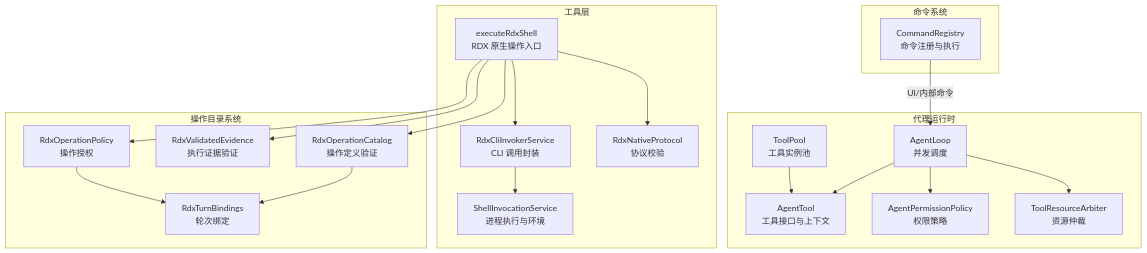
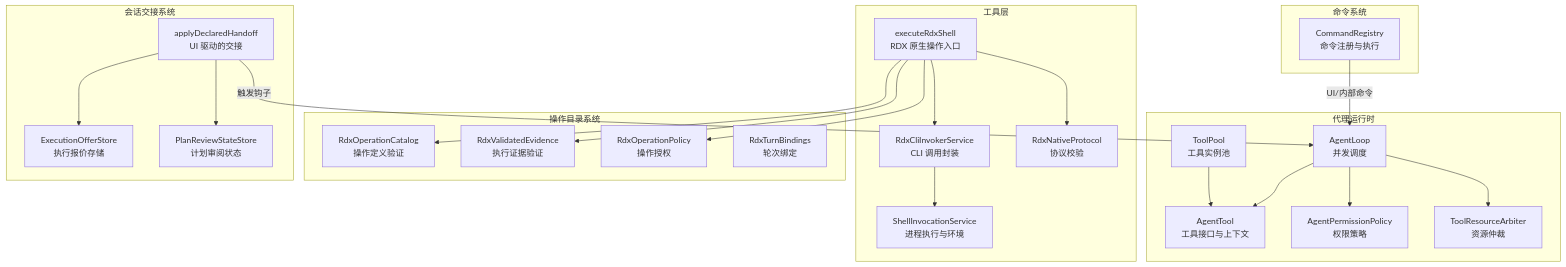
The first of 16 diagrams in .qoder/repowiki/zh/content/核心模块/工具系统/工具系统.md (haolange/RDC-Agent), drawn with Mermaid before and after one commit. The commit also changed other lines of this file and 90 other files, not shown here.

````diff
--- a/.qoder/repowiki/zh/content/核心模块/工具系统/工具系统.md
+++ b/.qoder/repowiki/zh/content/核心模块/工具系统/工具系统.md
@@ -63,38 +67,44 @@
 ```mermaid
 graph TB
 subgraph "工具层"
 A["RdxCliInvokerService<br/>CLI 调用封装"]
 B["ShellInvocationService<br/>进程执行与环境"]
 C["executeRdxShell<br/>RDX 原生操作入口"]
 D["RdxNativeProtocol<br/>协议校验"]
 end
 subgraph "代理运行时"
 E["AgentTool<br/>工具接口与上下文"]
 F["ToolPool<br/>工具实例池"]
 G["AgentPermissionPolicy<br/>权限策略"]
 H["ToolResourceArbiter<br/>资源仲裁"]
 I["AgentLoop<br/>并发调度"]
 end
 subgraph "操作目录系统"
 J["RdxOperationCatalog<br/>操作定义验证"]
 K["RdxValidatedEvidence<br/>执行证据验证"]
 L["RdxOperationPolicy<br/>操作授权"]
 M["RdxTurnBindings<br/>轮次绑定"]
 end
+subgraph "会话交接系统"
+N["applyDeclaredHandoff<br/>UI 驱动的交接"]
+O["ExecutionOfferStore<br/>执行报价存储"]
+P["PlanReviewStateStore<br/>计划审阅状态"]
+end
 subgraph "命令系统"
-N["CommandRegistry<br/>命令注册与执行"]
+Q["CommandRegistry<br/>命令注册与执行"]
 end
 A --> B
 C --> A
 C --> D
 C --> J
 C --> K
 C --> L
 I --> E
 I --> G
 I --> H
 F --> E
-N --> |"UI/内部命令"| I
-J --> M
-L --> M
+Q --> |"UI/内部命令"| I
+N --> O
+N --> P
+N --> |"触发钩子"| I
 ```
````
